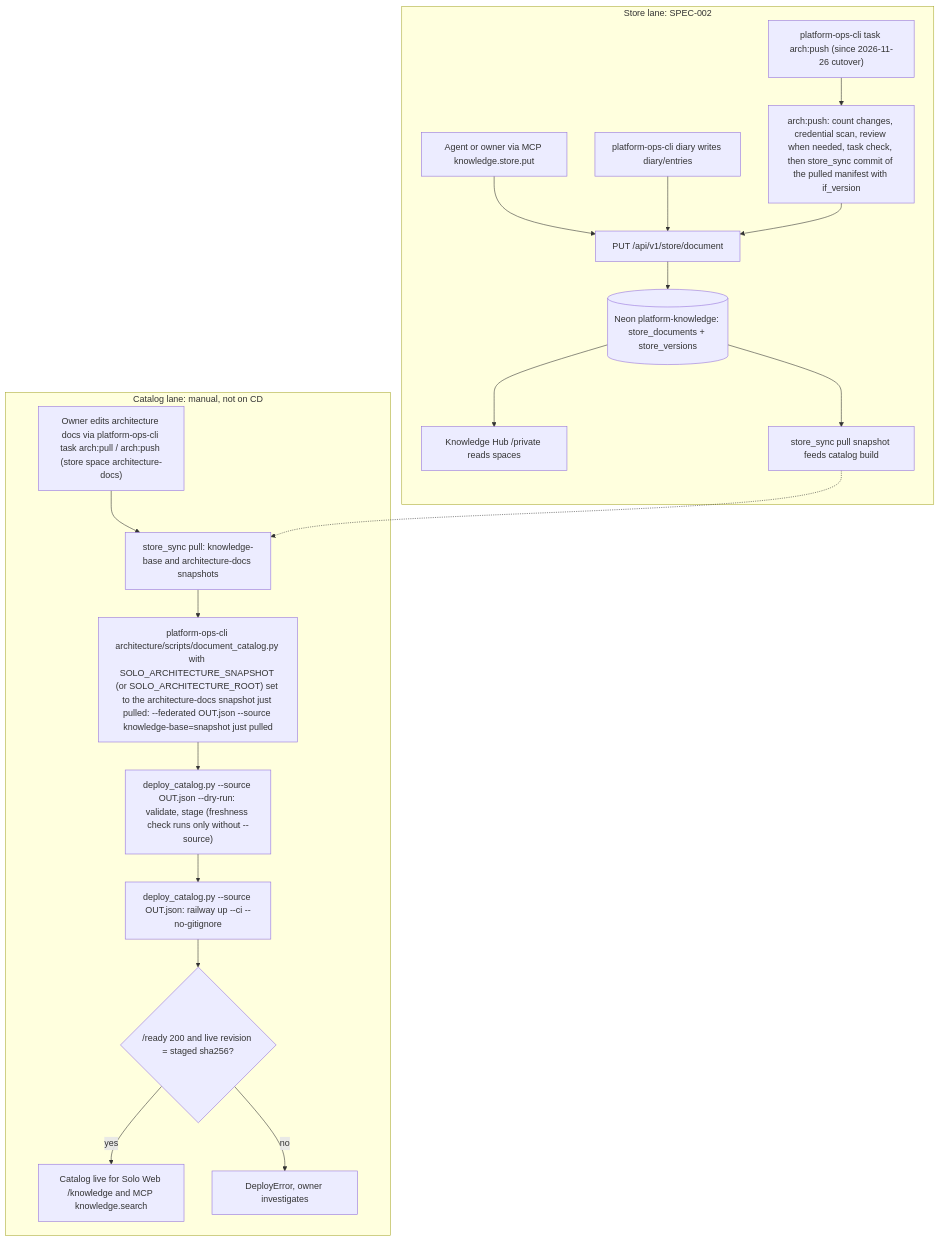
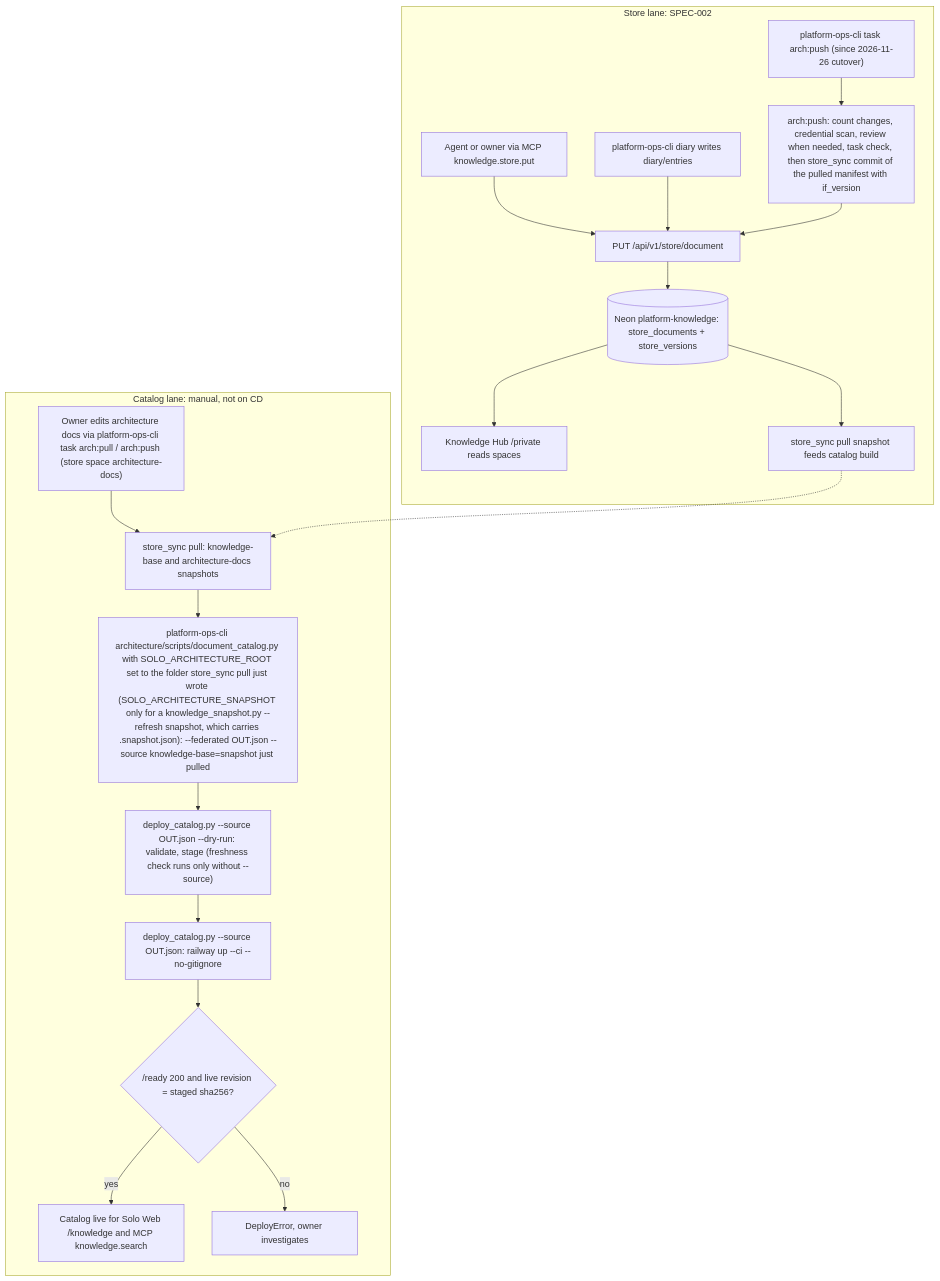
Before and after one commit to bookchaowalit/platform-knowledge-api: the first of 2 diagrams in docs/diagrams/01-business-process.md, drawn with Mermaid.

Commit message:
docs(diagrams): build the catalog with SOLO_ARCHITECTURE_ROOT on the pulled folder

````diff
--- a/docs/diagrams/01-business-process.md
+++ b/docs/diagrams/01-business-process.md
@@ -9,22 +9,22 @@
 ```mermaid
 flowchart TD
   subgraph CATALOG["Catalog lane: manual, not on CD"]
     A1["Owner edits architecture docs via platform-ops-cli task arch:pull / arch:push (store space architecture-docs)"] --> A2["store_sync pull: knowledge-base and architecture-docs snapshots"]
-    A2 --> A3["platform-ops-cli architecture/scripts/document_catalog.py with SOLO_ARCHITECTURE_SNAPSHOT (or SOLO_ARCHITECTURE_ROOT) set to the architecture-docs snapshot just pulled: --federated OUT.json --source knowledge-base=snapshot just pulled"]
+    A2 --> A3["platform-ops-cli architecture/scripts/document_catalog.py with SOLO_ARCHITECTURE_ROOT set to the folder store_sync pull just wrote (SOLO_ARCHITECTURE_SNAPSHOT only for a knowledge_snapshot.py --refresh snapshot, which carries .snapshot.json): --federated OUT.json --source knowledge-base=snapshot just pulled"]
     A3 --> A4["deploy_catalog.py --source OUT.json --dry-run: validate, stage (freshness check runs only without --source)"]
     A4 --> A5["deploy_catalog.py --source OUT.json: railway up --ci --no-gitignore"]
     A5 --> A6{"/ready 200 and live revision = staged sha256?"}
     A6 -->|"yes"| A7["Catalog live for Solo Web /knowledge and MCP knowledge.search"]
     A6 -->|"no"| A8["DeployError, owner investigates"]
   end
   subgraph STORE["Store lane: SPEC-002"]
     B1["Agent or owner via MCP knowledge.store.put"] --> B3["PUT /api/v1/store/document"]
     B2["platform-ops-cli diary writes diary/entries"] --> B3
     B4["platform-ops-cli task arch:push (since 2026-11-26 cutover)"] --> B5["arch:push: count changes, credential scan, review when needed, task check, then store_sync commit of the pulled manifest with if_version"]
     B5 --> B3
     B3 --> B6[("Neon platform-knowledge: store_documents + store_versions")]
     B6 --> B7["Knowledge Hub /private reads spaces"]
     B6 --> B8["store_sync pull snapshot feeds catalog build"]
   end
   B8 -.-> A2
 ```
````
